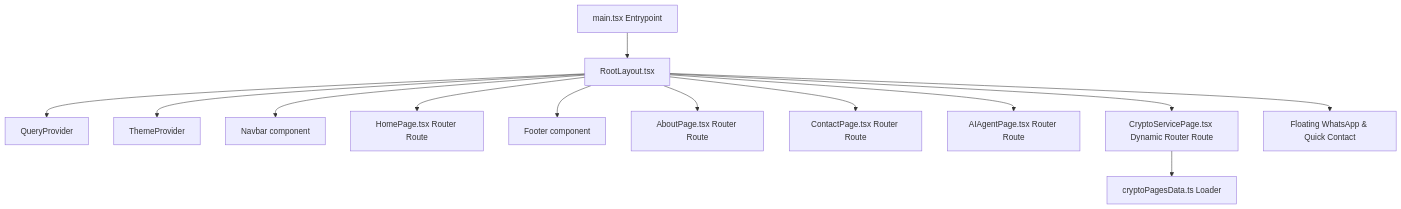
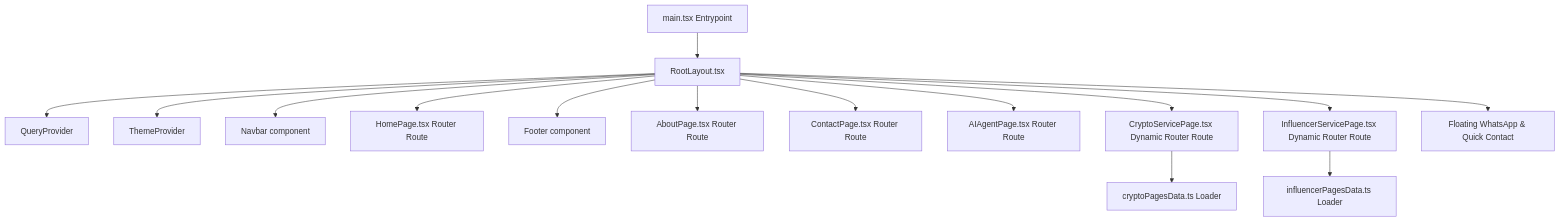
One commit to aswin402/eon8 changed the diagram in onpkg_docs/implementation.md. Above: the diagram before and after it, drawn with Mermaid. The commit also changed other lines of this file and 8 other files, not shown here.

Commit message:
Add 5 dynamic influencer marketing pages, update App.tsx, Navbar.tsx, and all planning docs

````diff
--- a/onpkg_docs/implementation.md
+++ b/onpkg_docs/implementation.md
@@ -7,15 +7,17 @@
 ```mermaid
 graph TD
   A[main.tsx Entrypoint] --> B[RootLayout.tsx]
   B --> C[QueryProvider]
   B --> D[ThemeProvider]
   B --> E[Navbar component]
   B --> F[HomePage.tsx Router Route]
   B --> G[Footer component]
   B --> H[AboutPage.tsx Router Route]
   B --> I[ContactPage.tsx Router Route]
   B --> J[AIAgentPage.tsx Router Route]
   B --> K[CryptoServicePage.tsx Dynamic Router Route]
   K --> L[cryptoPagesData.ts Loader]
-  B --> M[Floating WhatsApp & Quick Contact]
+  B --> M[InfluencerServicePage.tsx Dynamic Router Route]
+  M --> N[influencerPagesData.ts Loader]
+  B --> O[Floating WhatsApp & Quick Contact]
 ```
````
